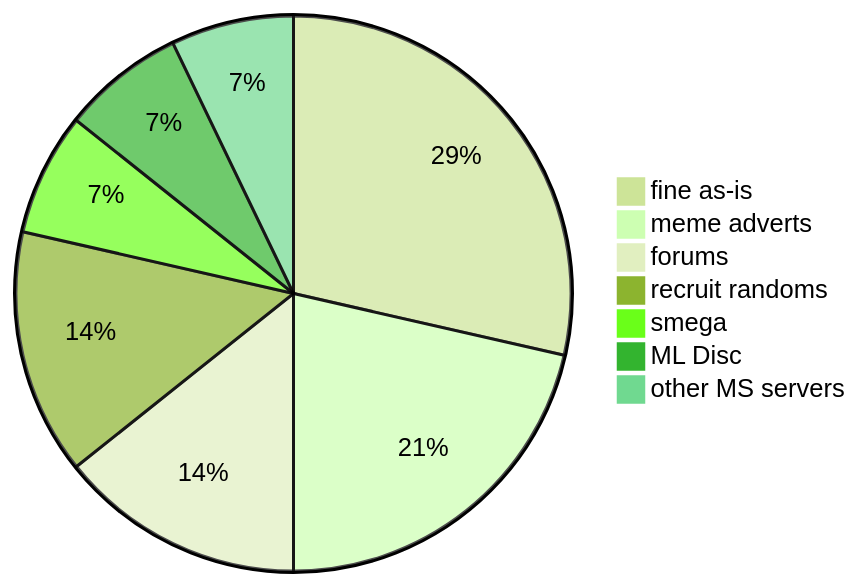
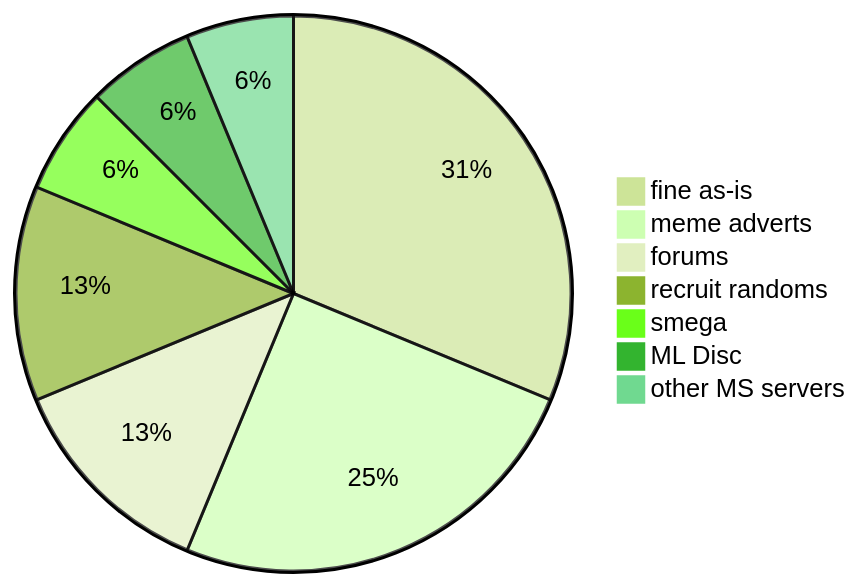
The diagram in what-s-next-for-oddjobs/q2.mmd (capreolina/gists), drawn with Mermaid (forest theme) before and after one commit. The commit also changed 5 other files, not shown here.

```diff
--- a/what-s-next-for-oddjobs/q2.mmd
+++ b/what-s-next-for-oddjobs/q2.mmd
@@ -1,8 +1,8 @@
 pie
-"fine as-is" : 4
-"meme adverts" : 3
+"fine as-is" : 5
+"meme adverts" : 4
 "forums" : 2
 "recruit randoms" : 2
 "smega" : 1
 "ML Disc" : 1
 "other MS servers" : 1
```
